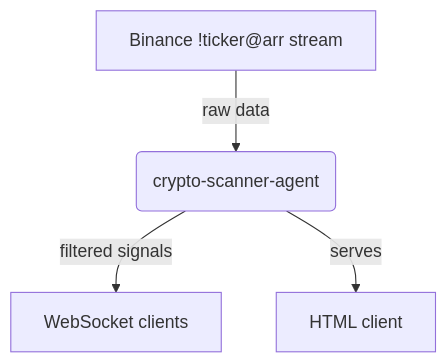
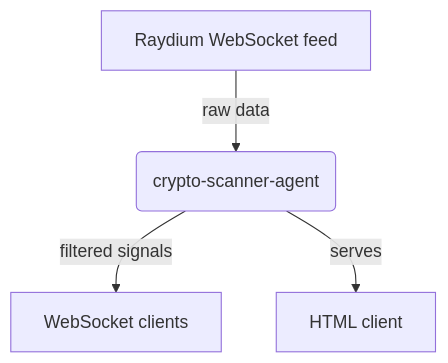
One commit to nicolad/crypto-scanner-agent changed the first of 3 diagrams in README.md. Above: the diagram before and after it, drawn with Mermaid. The commit also changed other lines of this file and 2 other files, not shown here.

Commit message:
Switch feed from Binance to Raydium

````diff
--- a/README.md
+++ b/README.md
@@ -7,6 +7,6 @@
 ```mermaid
 flowchart TD
-    A["Binance !ticker@arr stream"] -->|"raw data"| B(crypto-scanner-agent)
+    A["Raydium WebSocket feed"] -->|"raw data"| B(crypto-scanner-agent)
     B -->|"filtered signals"| C["WebSocket clients"]
     B -->|"serves"| D["HTML client"]
 ```
````
